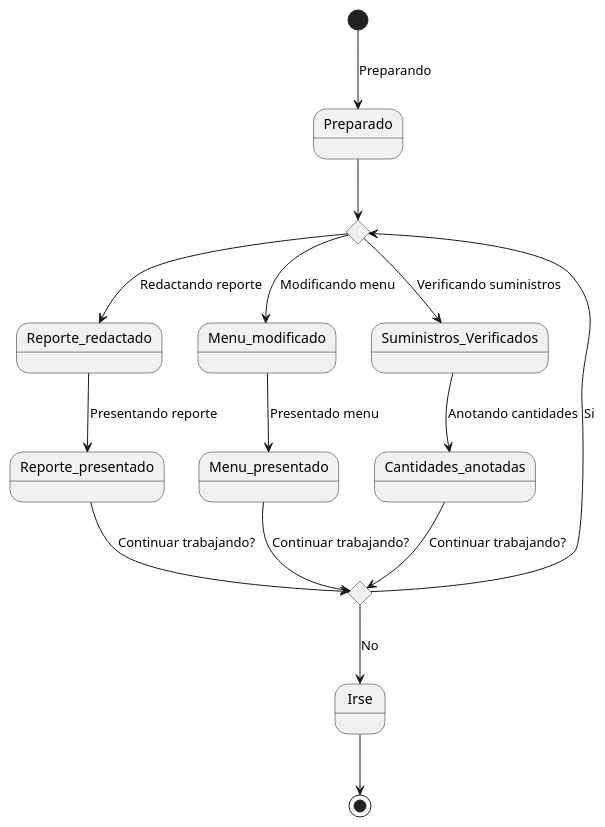
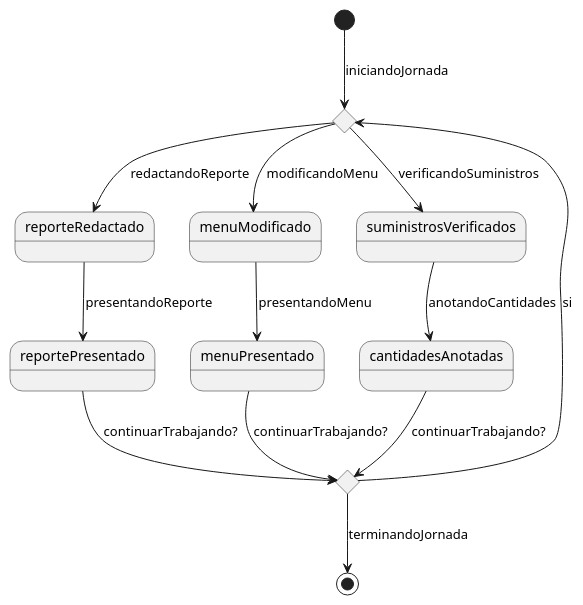
The diagram in docs/Domain Modeling [01] - Status Diagram: Administrators.plantuml (druxorey/ucv-proyecto-cacerola), drawn with PlantUML before and after one commit. The commit also changed 1 other file, not shown here.

Commit message:
refactor(domain-modeling): refine admin diagram workflow states

```diff
--- a/docs/Domain Modeling [01] - Status Diagram: Administrators.plantuml
+++ b/docs/Domain Modeling [01] - Status Diagram: Administrators.plantuml
@@ -1,21 +1,23 @@
 @startuml domain-modeling
 
-state b <<choice>>
-state c <<choice>>
+state eleccionElegirActividad <<choice>>
+state eleccionTrabajar <<choice>>
 
-[*]-->Preparado : Preparando
-Preparado-->b
-Irse-->[*]
-b-->Reporte_redactado : Redactando reporte
-Reporte_redactado-->Reporte_presentado : Presentando reporte
-Reporte_presentado-->c : Continuar trabajando?
-b-->Menu_modificado : Modificando menu
-Menu_modificado-->Menu_presentado : Presentado menu
-Menu_presentado-->c : Continuar trabajando?
-b-->Suministros_Verificados : Verificando suministros
-Suministros_Verificados-->Cantidades_anotadas : Anotando cantidades
-Cantidades_anotadas-->c : Continuar trabajando?
-c-->b : Si
-c-->Irse : No
+[*] --> eleccionElegirActividad : iniciandoJornada
+
+eleccionElegirActividad --> reporteRedactado : redactandoReporte
+reporteRedactado --> reportePresentado : presentandoReporte
+reportePresentado --> eleccionTrabajar : continuarTrabajando?
+
+eleccionElegirActividad --> menuModificado : modificandoMenu
+menuModificado --> menuPresentado : presentandoMenu
+menuPresentado --> eleccionTrabajar : continuarTrabajando?
+
+eleccionElegirActividad --> suministrosVerificados : verificandoSuministros
+suministrosVerificados --> cantidadesAnotadas : anotandoCantidades
+cantidadesAnotadas --> eleccionTrabajar : continuarTrabajando?
+
+eleccionTrabajar --> eleccionElegirActividad : si
+eleccionTrabajar --> [*] : terminandoJornada
 
 @enduml
```
